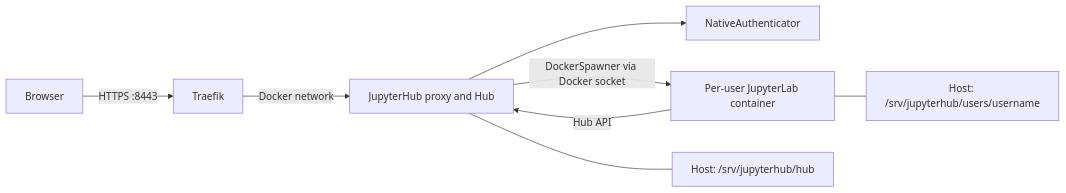
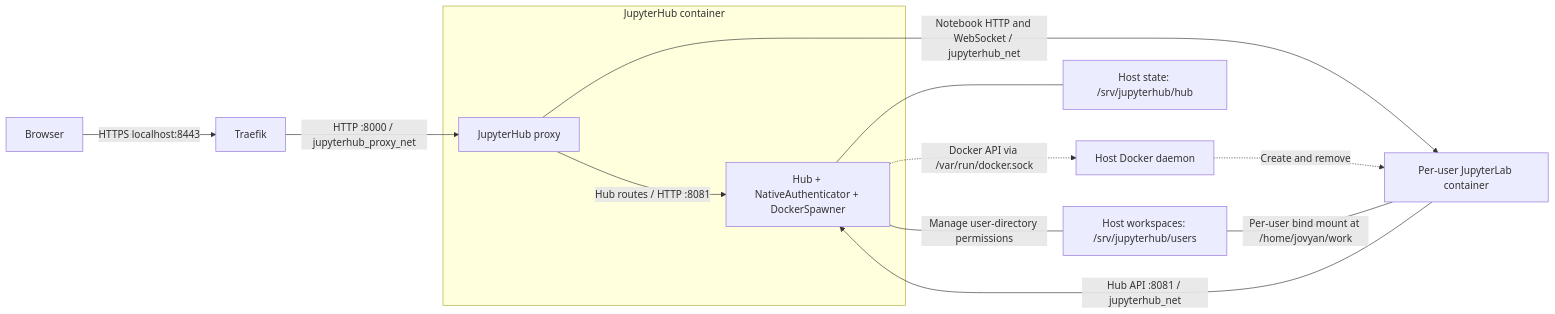
The diagram in README.md (AlessandroSerra/JupyterHub-docker-stack), drawn with Mermaid before and after one commit. The commit also changed other lines of this file, not shown here.

Commit message:
updated mermaid diagram

````diff
--- a/README.md
+++ b/README.md
@@ -7,10 +7,21 @@
 ```mermaid
 flowchart LR
-    Browser[Browser] -->|HTTPS :8443| Traefik[Traefik]
-    Traefik -->|Docker network| Hub[JupyterHub proxy and Hub]
-    Hub --> Auth[NativeAuthenticator]
-    Hub -->|DockerSpawner via Docker socket| Lab[Per-user JupyterLab container]
-    Lab -->|Hub API| Hub
-    Hub --- State[Host: /srv/jupyterhub/hub]
-    Lab --- Data[Host: /srv/jupyterhub/users/username]
+    Browser[Browser] -->|HTTPS localhost:8443| Traefik[Traefik]
+
+    subgraph HubContainer["JupyterHub container"]
+        Proxy[JupyterHub proxy]
+        Hub["Hub + NativeAuthenticator + DockerSpawner"]
+    end
+
+    Traefik -->|HTTP :8000 / jupyterhub_proxy_net| Proxy
+    Proxy -->|Hub routes / HTTP :8081| Hub
+    Proxy -->|Notebook HTTP and WebSocket / jupyterhub_net| Lab[Per-user JupyterLab container]
+    Lab -->|Hub API :8081 / jupyterhub_net| Hub
+
+    Hub -.->|Docker API via /var/run/docker.sock| Docker[Host Docker daemon]
+    Docker -.->|Create and remove| Lab
+
+    Hub --- State["Host state: /srv/jupyterhub/hub"]
+    Hub ---|Manage user-directory permissions| Users["Host workspaces: /srv/jupyterhub/users"]
+    Users ---|Per-user bind mount at /home/jovyan/work| Lab
 ```
````
